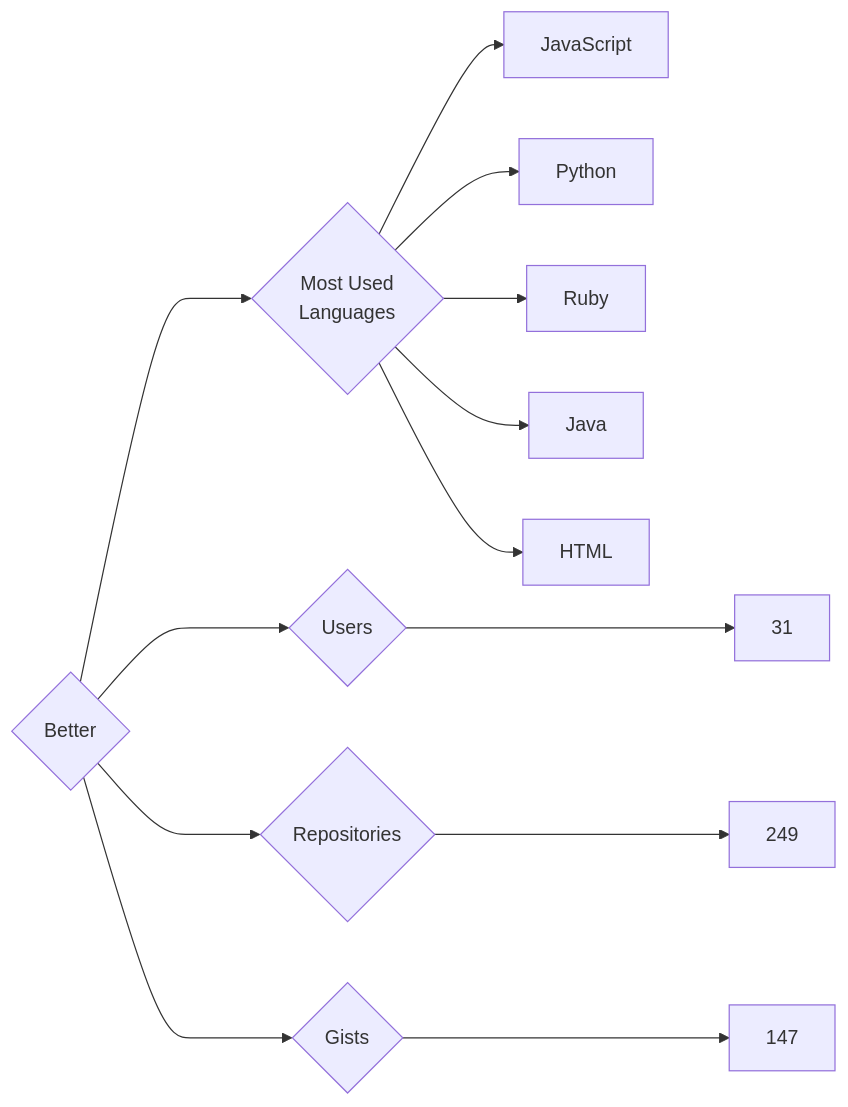
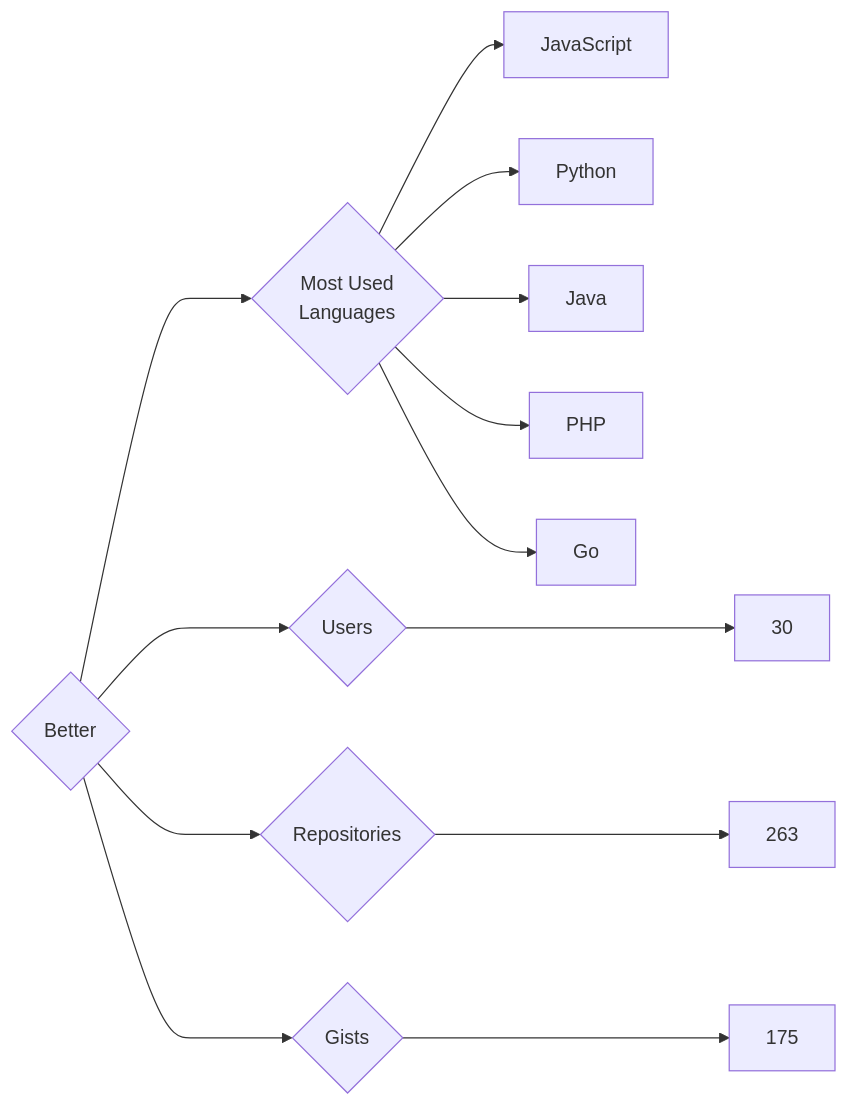
The diagram in targets/Better/README.md (trickest/insiders), drawn with Mermaid before and after one commit. The commit also changed 1084 other files, not shown here.

````diff
--- a/targets/Better/README.md
+++ b/targets/Better/README.md
@@ -3,13 +3,13 @@
 ```mermaid
 graph LR
 COMPANY_NAME{Better}
-COMPANY_NAME ---> U{Users} ---> UN[31]
-COMPANY_NAME ---> R{Repositories} ---> RN[249]
-COMPANY_NAME ---> G{Gists} ---> GN[147]
+COMPANY_NAME ---> U{Users} ---> UN[30]
+COMPANY_NAME ---> R{Repositories} ---> RN[263]
+COMPANY_NAME ---> G{Gists} ---> GN[175]
 COMPANY_NAME ---> ML{Most Used<br>Languages}
 ML --> JavaScript[JavaScript]
 ML --> Python[Python]
-ML --> Ruby[Ruby]
 ML --> Java[Java]
-ML --> HTML[HTML]
+ML --> PHP[PHP]
+ML --> Go[Go]
 ```
````
